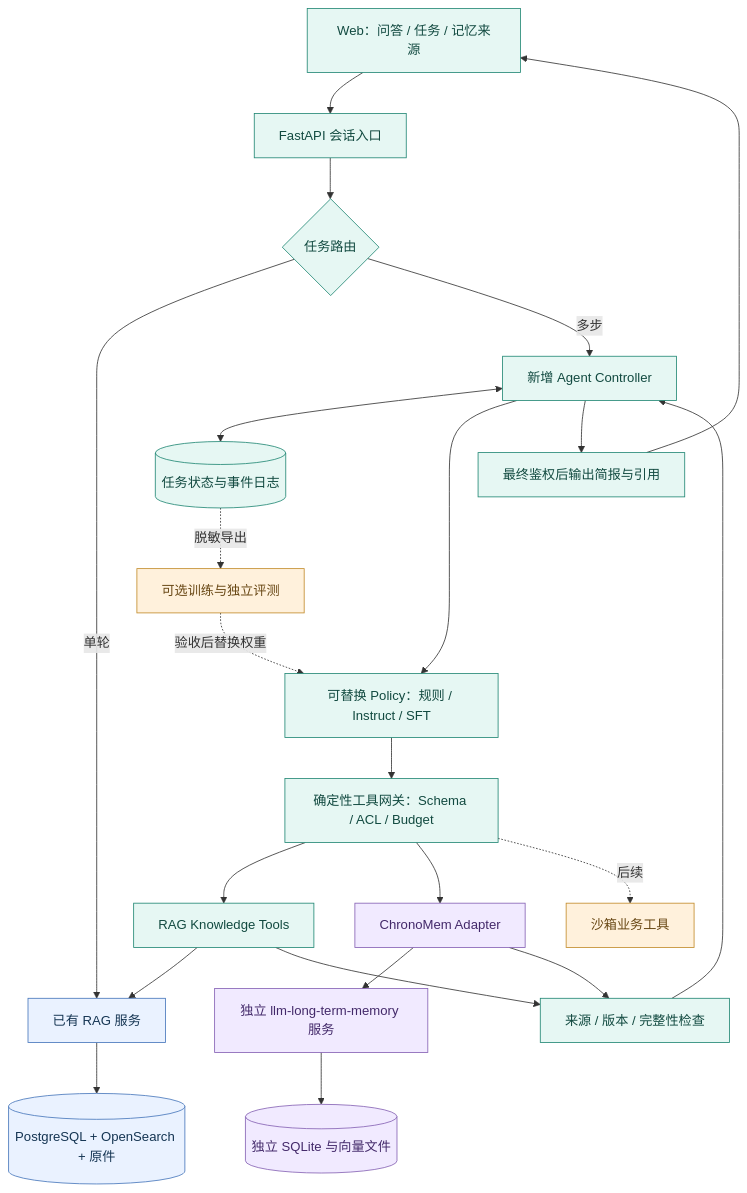
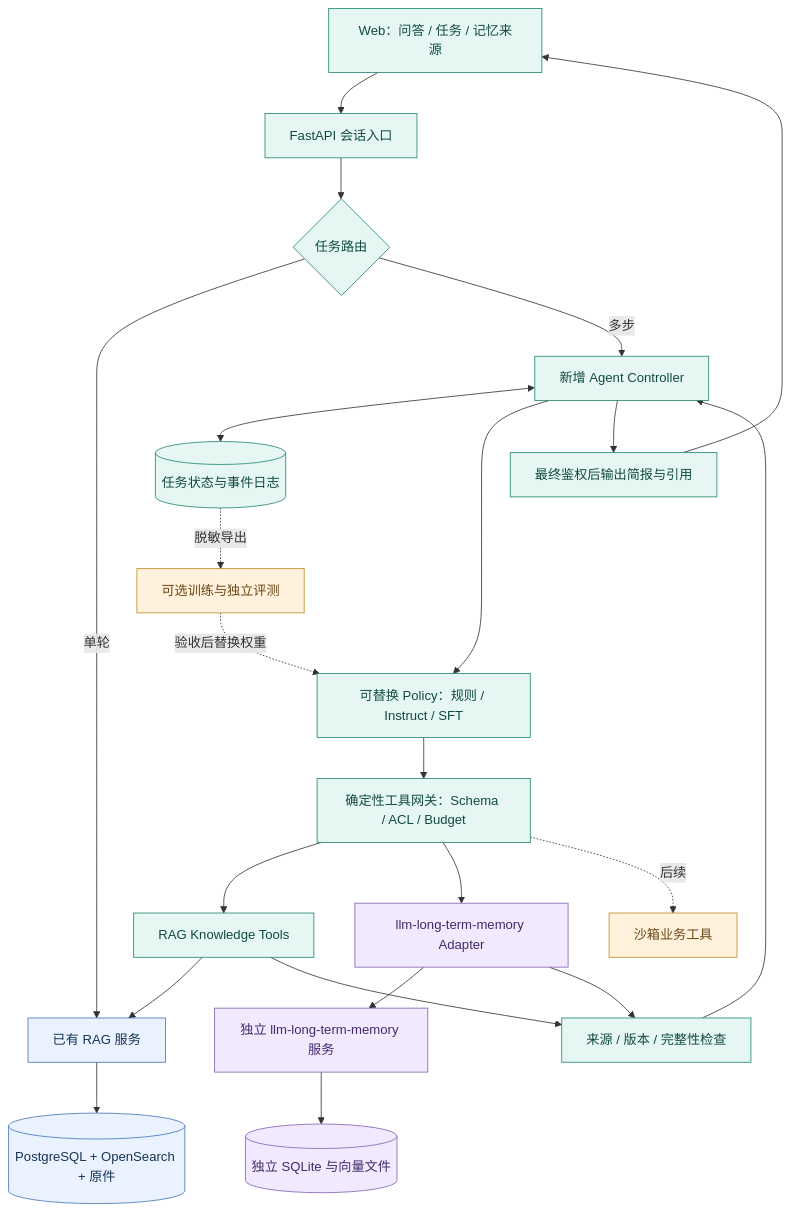
Before and after one commit to Mingjie-Mao/Agentic-RAG: the second of 10 diagrams in PROJECT_PLAN_future.md, drawn with Mermaid. The commit also changed other lines of this file and 106 other files, not shown here.

````diff
--- a/PROJECT_PLAN_future.md
+++ b/PROJECT_PLAN_future.md
@@ -147,32 +147,32 @@
 ```mermaid
 flowchart TB
   UI[Web：问答 / 任务 / 记忆来源] --> API[FastAPI 会话入口]
   API --> ROUTE{任务路由}
   ROUTE -->|单轮| RAG[已有 RAG 服务]
   ROUTE -->|多步| CTRL[新增 Agent Controller]
   CTRL <--> STATE[(任务状态与事件日志)]
   CTRL --> POLICY[可替换 Policy：规则 / Instruct / SFT]
   POLICY --> GATE[确定性工具网关：Schema / ACL / Budget]
   GATE --> KT[RAG Knowledge Tools]
-  GATE --> MT[ChronoMem Adapter]
+  GATE --> MT[llm-long-term-memory Adapter]
   GATE -.后续.-> BT[沙箱业务工具]
   KT --> RAG
   RAG --> DB[(PostgreSQL + OpenSearch + 原件)]
   MT --> MEM[独立 llm-long-term-memory 服务]
   MEM --> MDB[(独立 SQLite 与向量文件)]
   KT --> VERIFY[来源 / 版本 / 完整性检查]
   MT --> VERIFY
   VERIFY --> CTRL
   CTRL --> FINAL[最终鉴权后输出简报与引用]
   FINAL --> UI
   STATE -.脱敏导出.-> TRAIN[可选训练与独立评测]
   TRAIN -.验收后替换权重.-> POLICY
   classDef base fill:#eaf2ff,stroke:#4676bb,color:#153553;
   classDef next fill:#e6f7f3,stroke:#218774,color:#124a40;
   classDef mem fill:#f1eaff,stroke:#8561b4,color:#43296a;
   classDef opt fill:#fff1dc,stroke:#c28b2a,color:#684714;
   class RAG,DB base;
   class UI,API,ROUTE,CTRL,STATE,POLICY,GATE,KT,VERIFY,FINAL next;
   class MT,MEM,MDB mem;
   class BT,TRAIN opt;
 ```
````
